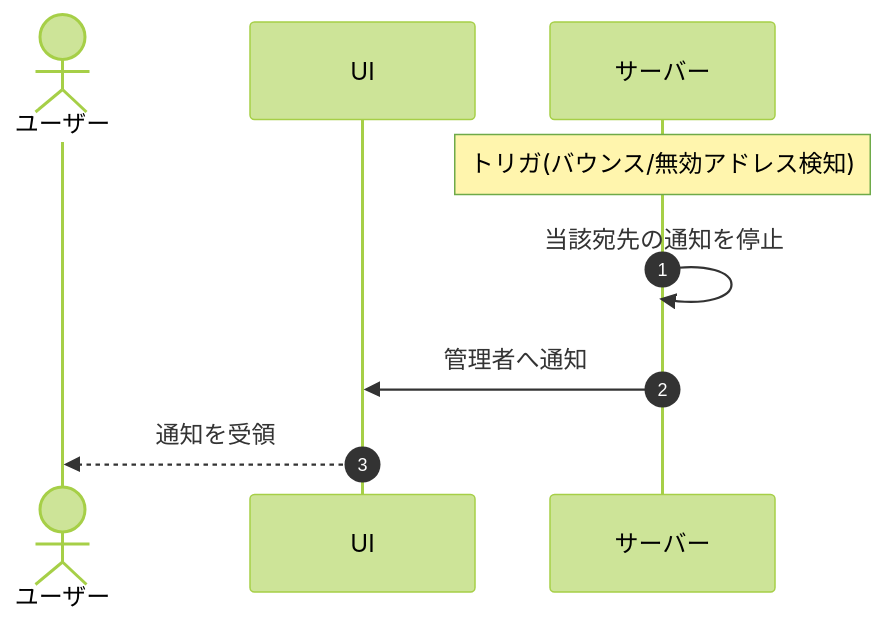
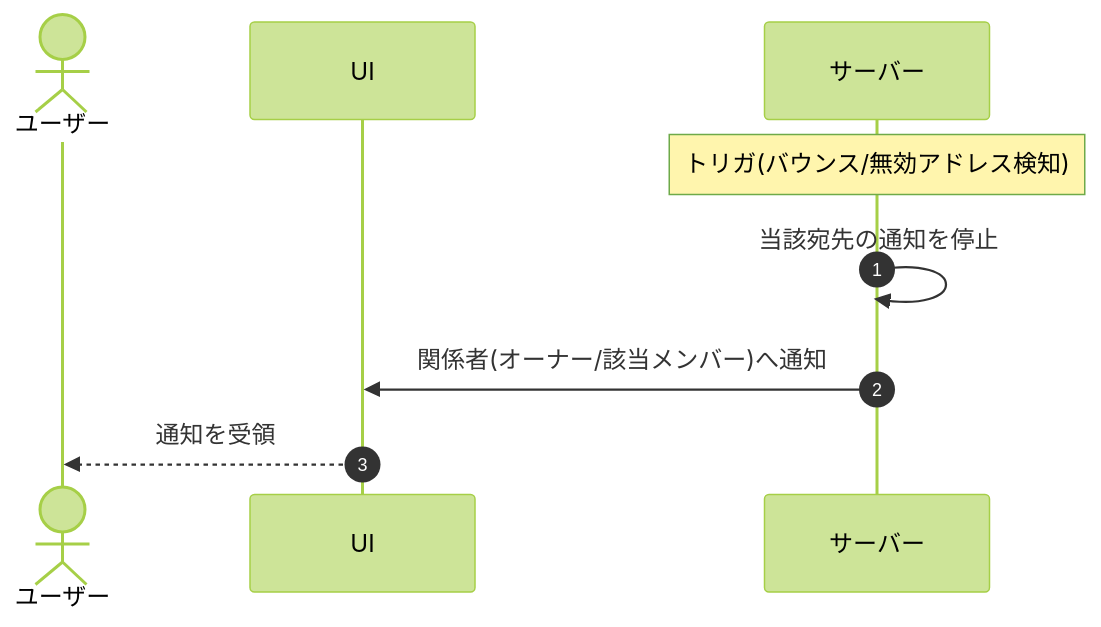
Before and after one commit to sikakou54/open-faq: the third of 26 diagrams in 01_requirements/02_functional_requirement/05_notification-fr.md, drawn with Mermaid (forest theme). The commit also changed other lines of this file and 294 other files, not shown here.

````diff
--- a/01_requirements/02_functional_requirement/05_notification-fr.md
+++ b/01_requirements/02_functional_requirement/05_notification-fr.md
@@ -72,11 +72,11 @@
 ```mermaid
 sequenceDiagram
   autonumber
   actor U as ユーザー
   participant UI as UI
   participant S as サーバー
   Note over S: トリガ(バウンス/無効アドレス検知)
   S->>S: 当該宛先の通知を停止
-  S->>UI: 管理者へ通知
+  S->>UI: 関係者(オーナー/該当メンバー)へ通知
   UI-->>U: 通知を受領
 ```
````
